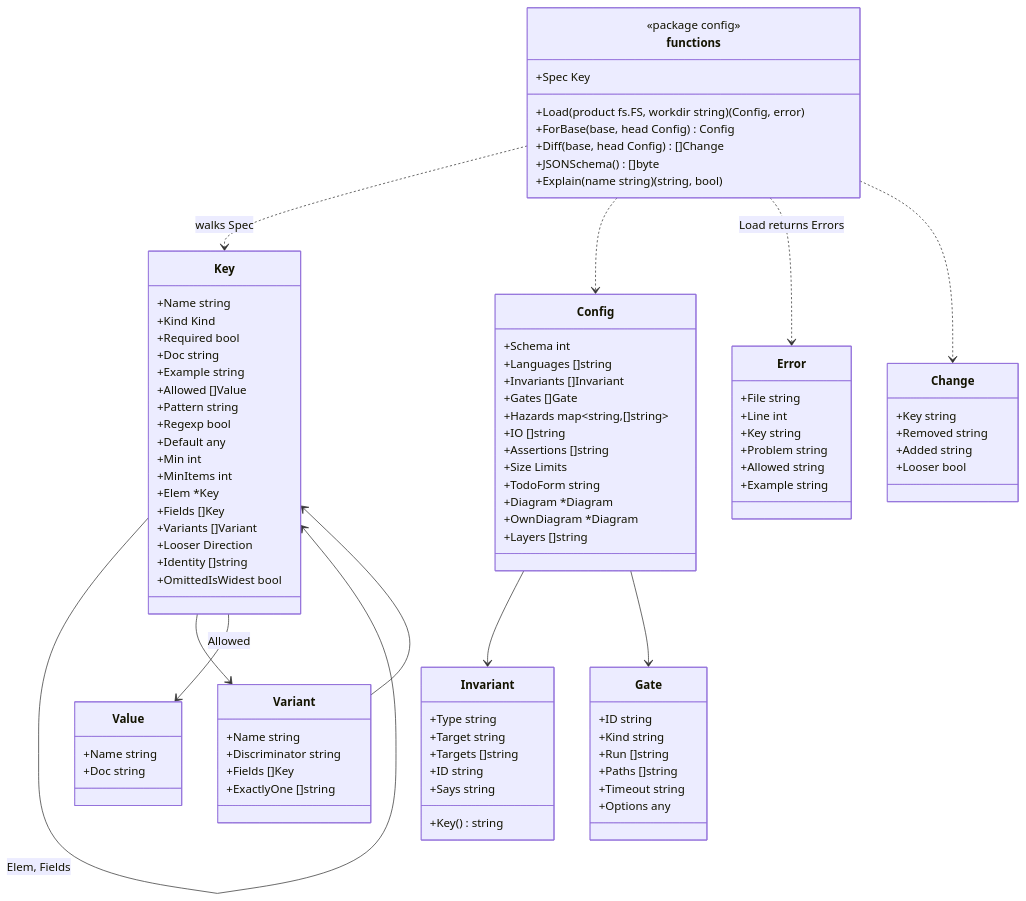
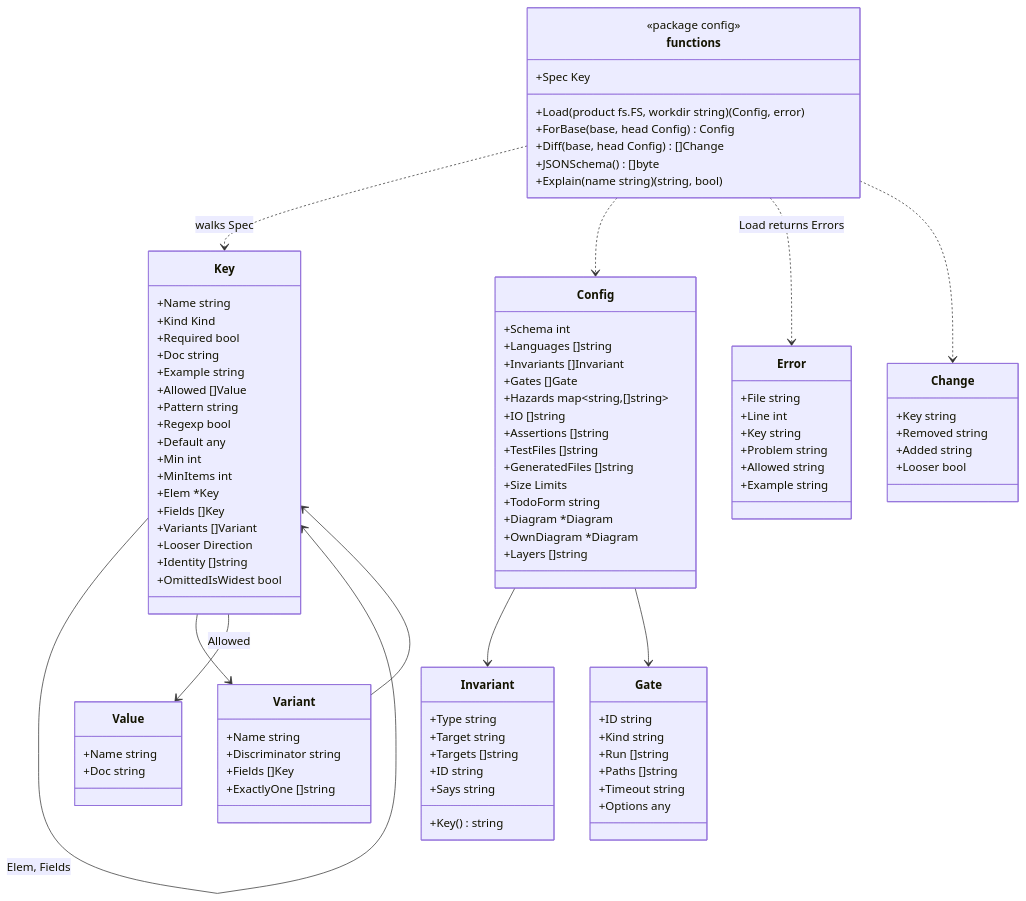
The diagram in docs/design/configuration.md (rerorets/hadome), drawn with Mermaid before and after one commit. The commit also changed other lines of this file and 3 other files, not shown here.

Commit message:
Design: configuration can add test and generated roles, and imports with no known destination need review (#18)

```diff
--- a/docs/design/configuration.md
+++ b/docs/design/configuration.md
@@ -170,6 +174,8 @@
     +Hazards map~string,[]string~
     +IO []string
     +Assertions []string
+    +TestFiles []string
+    +GeneratedFiles []string
     +Size Limits
     +TodoForm string
     +Diagram *Diagram
```
